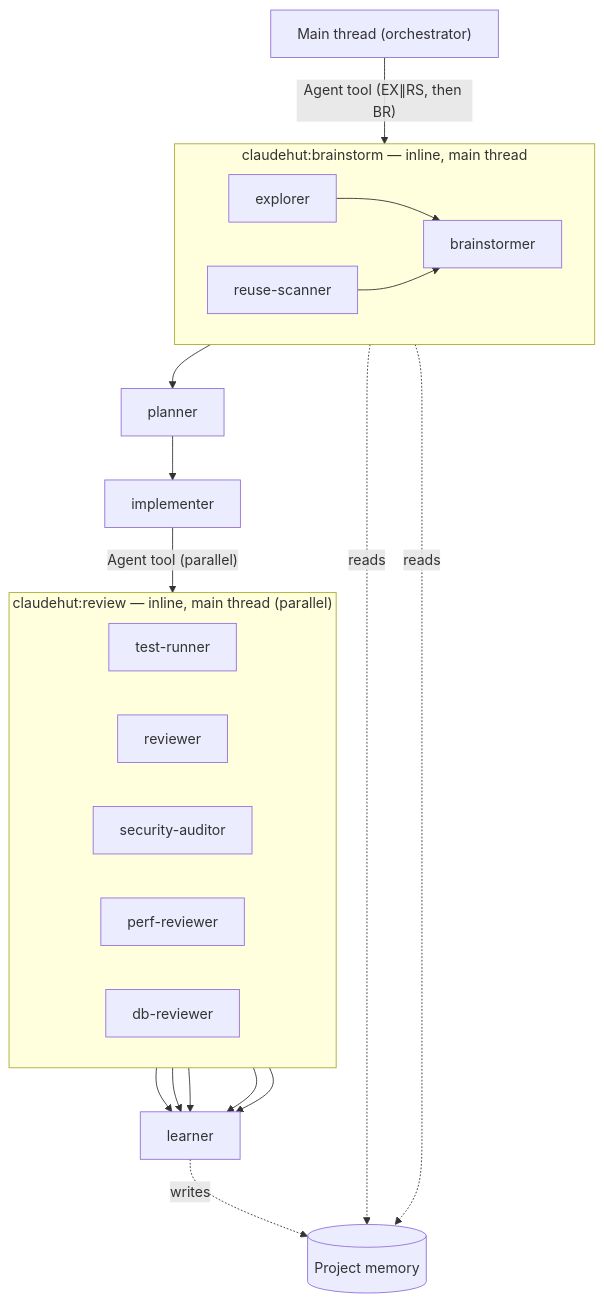
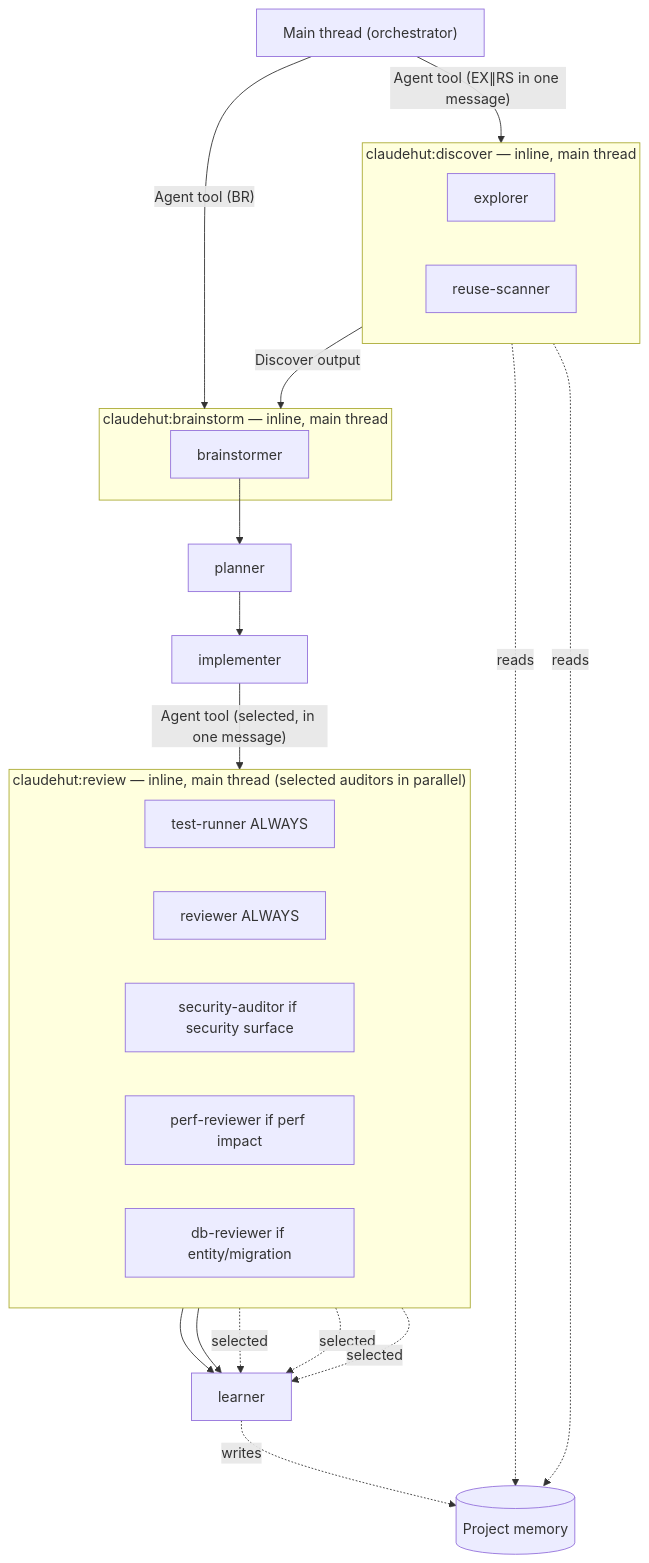
The diagram in .claude/docs/design/03-agents.md (taipt1504/claudehut), drawn with Mermaid before and after one commit. The commit also changed other lines of this file and 32 other files, not shown here.

````diff
--- a/.claude/docs/design/03-agents.md
+++ b/.claude/docs/design/03-agents.md
@@ -199,32 +199,38 @@
 ```mermaid
 flowchart TB
     ORCH["Main thread (orchestrator)"]
 
-    subgraph BRAINSTORM["claudehut:brainstorm — inline, main thread"]
+    subgraph DISCOVER["claudehut:discover — inline, main thread"]
         direction LR
-        EX[explorer] --> BR[brainstormer]
-        RS[reuse-scanner] --> BR
+        EX[explorer]
+        RS[reuse-scanner]
     end
 
-    subgraph REVIEW["claudehut:review — inline, main thread (parallel)"]
-        direction LR
-        TR[test-runner]
-        RV[reviewer]
-        SEC[security-auditor]
-        PERF[perf-reviewer]
-        DB[db-reviewer]
+    subgraph BRAINSTORM["claudehut:brainstorm — inline, main thread"]
+        BR[brainstormer]
     end
 
-    ORCH -->|"Agent tool (EX∥RS, then BR)"| BRAINSTORM
+    subgraph REVIEW["claudehut:review — inline, main thread (selected auditors in parallel)"]
+        direction LR
+        TR[test-runner ALWAYS]
+        RV[reviewer ALWAYS]
+        SEC[security-auditor if security surface]
+        PERF[perf-reviewer if perf impact]
+        DB[db-reviewer if entity/migration]
+    end
+
+    ORCH -->|"Agent tool (EX∥RS in one message)"| DISCOVER
+    DISCOVER -->|Discover output| BRAINSTORM
+    ORCH -->|"Agent tool (BR)"| BRAINSTORM
     BR --> PL[planner]
     PL --> IM[implementer]
-    IM -->|"Agent tool (parallel)"| REVIEW
+    IM -->|"Agent tool (selected, in one message)"| REVIEW
     TR --> LN[learner]
     RV --> LN
-    SEC --> LN
-    PERF --> LN
-    DB --> LN
+    SEC -.selected.-> LN
+    PERF -.selected.-> LN
+    DB -.selected.-> LN
     LN -.writes.-> MEM[(Project memory)]
     EX -.reads.-> MEM
     RS -.reads.-> MEM
 ```
````
